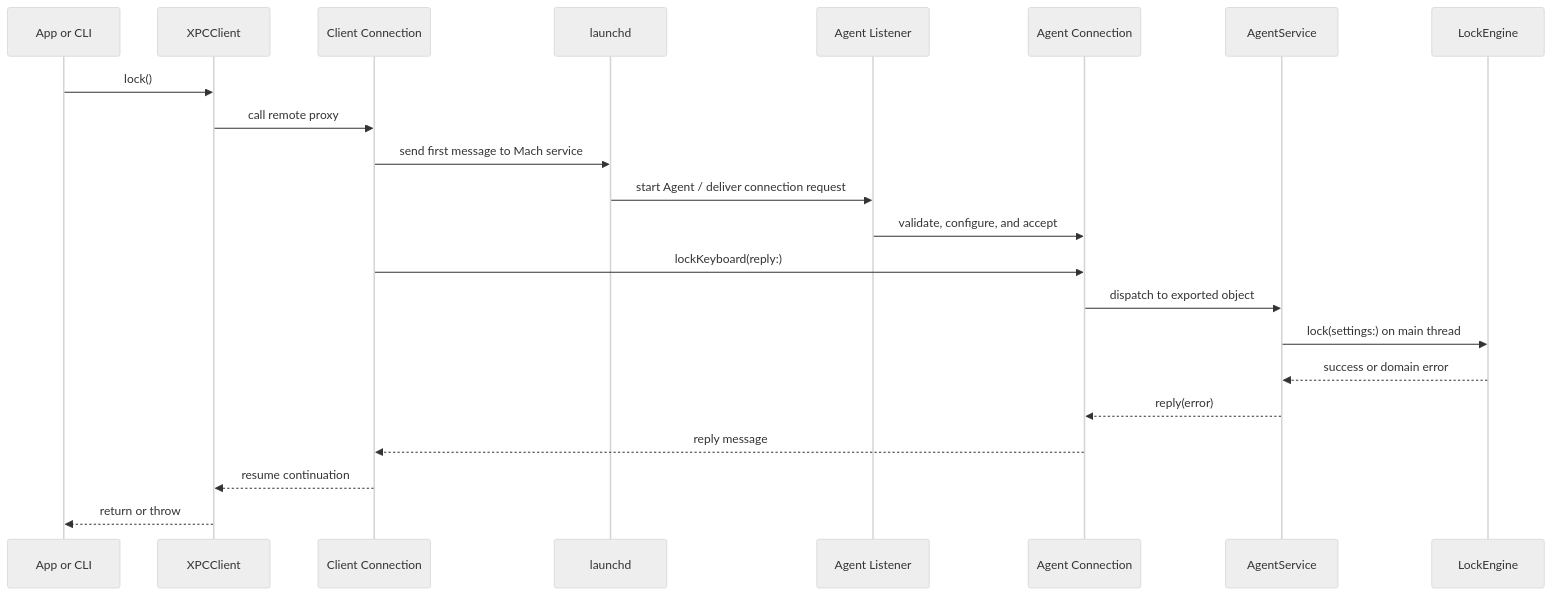
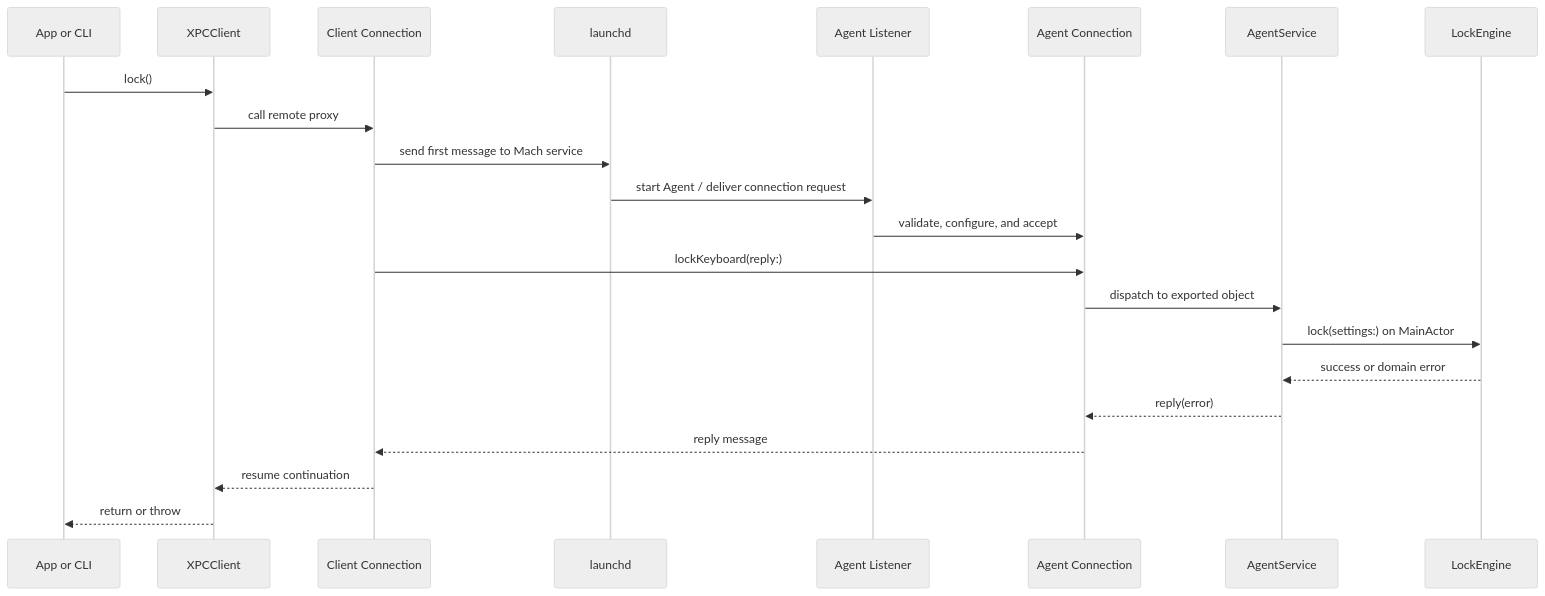
Before and after one commit to LZhenHong/KeyboardLocker: the third of 4 diagrams in docs/xpc.md, drawn with Mermaid (neutral theme). The commit also changed other lines of this file and 3 other files, not shown here.

````diff
--- a/docs/xpc.md
+++ b/docs/xpc.md
@@ -465,25 +466,25 @@
 ```mermaid
 sequenceDiagram
   participant UI as App or CLI
   participant Client as XPCClient
   participant ClientConnection as Client Connection
   participant Launchd as launchd
   participant Listener as Agent Listener
   participant Peer as Agent Connection
   participant Adapter as AgentService
   participant Engine as LockEngine
 
   UI->>Client: lock()
   Client->>ClientConnection: call remote proxy
   ClientConnection->>Launchd: send first message to Mach service
   Launchd->>Listener: start Agent / deliver connection request
   Listener->>Peer: validate, configure, and accept
   ClientConnection->>Peer: lockKeyboard(reply:)
   Peer->>Adapter: dispatch to exported object
-  Adapter->>Engine: lock(settings:) on main thread
+  Adapter->>Engine: lock(settings:) on MainActor
   Engine-->>Adapter: success or domain error
   Adapter-->>Peer: reply(error)
   Peer-->>ClientConnection: reply message
   ClientConnection-->>Client: resume continuation
   Client-->>UI: return or throw
 ```
````
